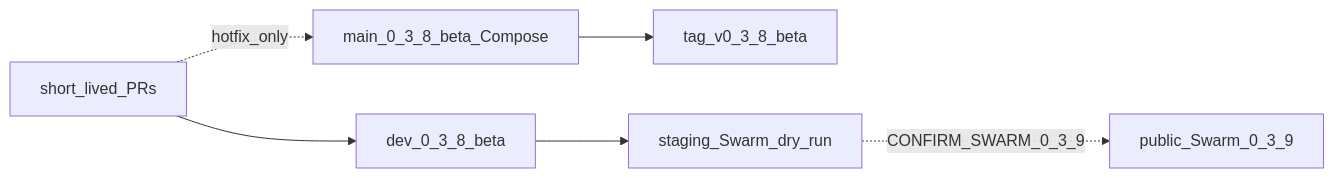
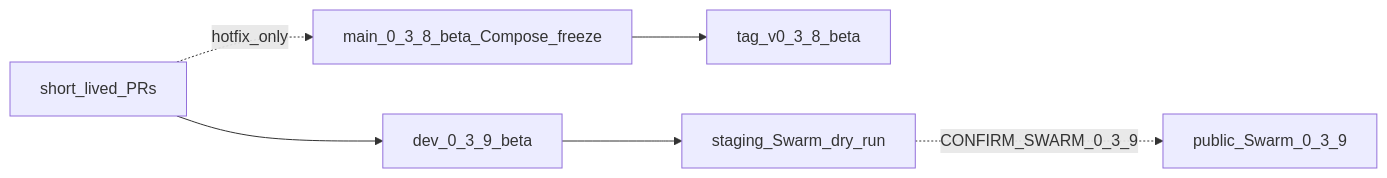
One commit to ConsciousEnergy/lenr_sim_app changed the diagram in LENR_SIM_APP_v2/docs/v0.3.8-beta/VERSION_CONTROL.md. Above: the diagram before and after it, drawn with Mermaid. The commit also changed other lines of this file and 5 other files, not shown here.

First line of the commit message:
docs: freeze main at 0.3.8; cutover train is 0.3.9 on dev

````diff
--- a/LENR_SIM_APP_v2/docs/v0.3.8-beta/VERSION_CONTROL.md
+++ b/LENR_SIM_APP_v2/docs/v0.3.8-beta/VERSION_CONTROL.md
@@ -21,14 +25,14 @@
 ```mermaid
 flowchart LR
-  mainLine[main_0_3_8_beta_Compose]
+  mainLine[main_0_3_8_beta_Compose_freeze]
   tag038[tag_v0_3_8_beta]
-  devLine[dev_0_3_8_beta]
+  devLine[dev_0_3_9_beta]
   feat[short_lived_PRs]
   staging[staging_Swarm_dry_run]
   public[public_Swarm_0_3_9]
   mainLine --> tag038
   feat --> devLine
   feat -.->|hotfix_only| mainLine
   devLine --> staging
   staging -.->|CONFIRM_SWARM_0_3_9| public
 ```
````
